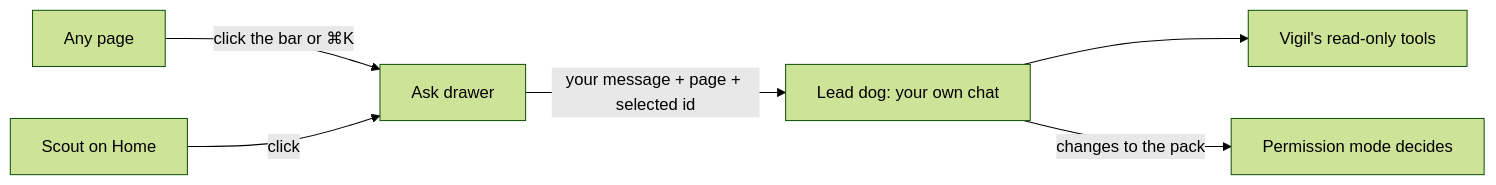
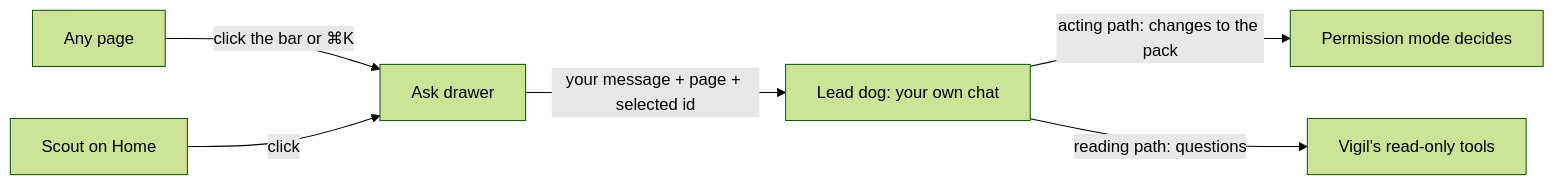
Before and after one commit to ShmalexM/Vigil-at-Home: the second of 4 diagrams in docs/pack.md, drawn with Mermaid (forest theme). The commit also changed other lines of this file and 6 other files, not shown here.

````diff
--- a/docs/pack.md
+++ b/docs/pack.md
@@ -64,8 +73,8 @@
 ```mermaid
 flowchart LR
   P[Any page] -->|click the bar or ⌘K| D[Ask drawer]
   H[Scout on Home] -->|click| D
   D -->|your message + page + selected id| L[Lead dog: your own chat]
-  L --> T[Vigil's read-only tools]
-  L -->|changes to the pack| G[Permission mode decides]
+  L -->|acting path: changes to the pack| G[Permission mode decides]
+  L -->|reading path: questions| T[Vigil's read-only tools]
 ```
````
